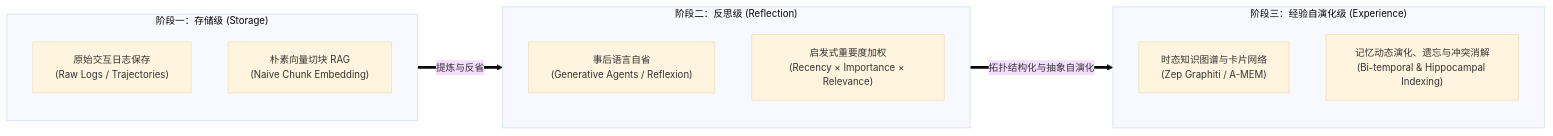
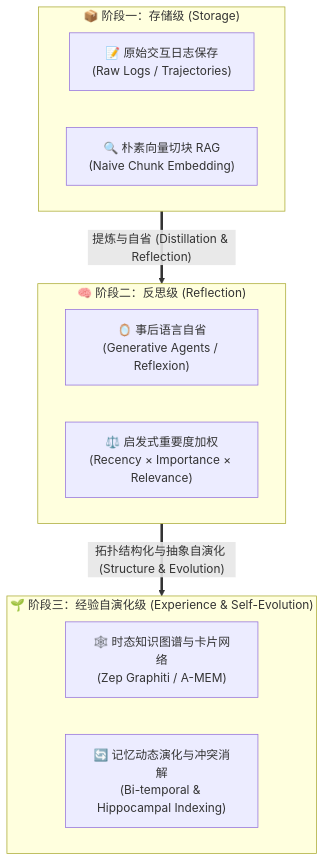
Diagram 11 of 50 in _posts/research/2026-03-05-AI-Agent-Survey.md (TingdeLiu/tingdeliu.github.io), drawn with Mermaid before and after one commit. The commit also changed 6 other files, not shown here.

Commit message:
docs(agent): optimize Section 5 memory diagram layout and update world models survey

````diff
--- a/_posts/research/2026-03-05-AI-Agent-Survey.md
+++ b/_posts/research/2026-03-05-AI-Agent-Survey.md
@@ -702,24 +702,24 @@
 ```mermaid
-%%{init: {'theme': 'base', 'themeVariables': { 'fontSize': '13px'}}}%%
-flowchart LR
-    subgraph S1 ["阶段一：存储级 (Storage)"]
-        direction TB
-        S1_1["原始交互日志保存\n(Raw Logs / Trajectories)"]
-        S1_2["朴素向量切块 RAG\n(Naive Chunk Embedding)"]
+%%{init: {'theme': 'base', 'themeVariables': { 'fontSize': '14px', 'fontFamily': '-apple-system, BlinkMacSystemFont, "Segoe UI", Roboto, Helvetica, Arial, sans-serif'}}}%%
+flowchart TD
+    subgraph S1 ["📦 阶段一：存储级 (Storage)"]
+        direction LR
+        S1_1["📝 原始交互日志保存<br/>(Raw Logs / Trajectories)"]
+        S1_2["🔍 朴素向量切块 RAG<br/>(Naive Chunk Embedding)"]
     end
 
-    subgraph S2 ["阶段二：反思级 (Reflection)"]
-        direction TB
-        S2_1["事后语言自省\n(Generative Agents / Reflexion)"]
-        S2_2["启发式重要度加权\n(Recency × Importance × Relevance)"]
+    subgraph S2 ["🧠 阶段二：反思级 (Reflection)"]
+        direction LR
+        S2_1["🪞 事后语言自省<br/>(Generative Agents / Reflexion)"]
+        S2_2["⚖️ 启发式重要度加权<br/>(Recency × Importance × Relevance)"]
     end
 
-    subgraph S3 ["阶段三：经验自演化级 (Experience)"]
-        direction TB
-        S3_1["时态知识图谱与卡片网络\n(Zep Graphiti / A-MEM)"]
-        S3_2["记忆动态演化、遗忘与冲突消解\n(Bi-temporal & Hippocampal Indexing)"]
+    subgraph S3 ["🌱 阶段三：经验自演化级 (Experience & Self-Evolution)"]
+        direction LR
+        S3_1["🕸️ 时态知识图谱与卡片网络<br/>(Zep Graphiti / A-MEM)"]
+        S3_2["🔄 记忆动态演化与冲突消解<br/>(Bi-temporal & Hippocampal Indexing)"]
     end
 
-    S1 ==>|提炼与反省| S2
-    S2 ==>|拓扑结构化与抽象自演化| S3
+    S1 ==>|"提炼与自省 (Distillation & Reflection)"| S2
+    S2 ==>|"拓扑结构化与抽象自演化 (Structure & Evolution)"| S3
 ```
````
